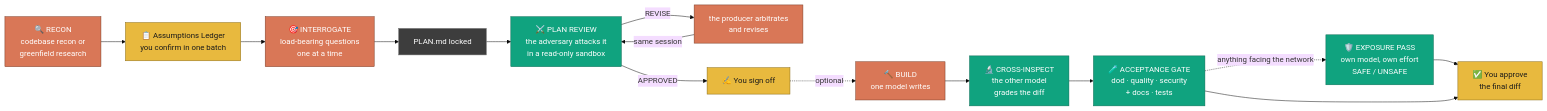
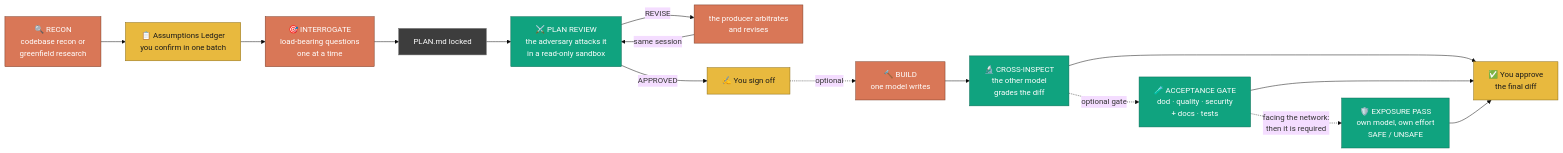
The diagram in README.md (ujconsulting/claudex-loop), drawn with Mermaid (base theme) before and after one commit. The commit also changed other lines of this file and 2 other files, not shown here.

First line of the commit message:
docs: the diagram promised a fifth phase, and the count below it was wrong

````diff
--- a/README.md
+++ b/README.md
@@ -24,24 +24,25 @@
 ```mermaid
 flowchart LR
     A["🔍 RECON<br>codebase recon or<br>greenfield research"] --> L["📋 Assumptions Ledger<br>you confirm in one batch"]
     L --> B["🎯 INTERROGATE<br>load-bearing questions<br>one at a time"]
     B --> P["PLAN.md locked"]
     P --> C["⚔️ PLAN REVIEW<br>the adversary attacks it<br>in a read-only sandbox"]
     C -- REVISE --> R["the producer arbitrates<br>and revises"]
     R -- same session --> C
     C -- APPROVED --> S["✍️ You sign off"]
     S -. optional .-> D["🔨 BUILD<br>one model writes"]
     D --> I["🔬 CROSS-INSPECT<br>the other model<br>grades the diff"]
-    I --> V["🧪 ACCEPTANCE GATE<br>dod · quality · security<br>+ docs · tests"]
-    V -. anything facing the network .-> X["🛡️ EXPOSURE PASS<br>own model, own effort<br>SAFE / UNSAFE"]
-    X --> G["✅ You approve<br>the final diff"]
+    I --> G["✅ You approve<br>the final diff"]
+    I -. optional gate .-> V["🧪 ACCEPTANCE GATE<br>dod · quality · security<br>+ docs · tests"]
+    V -. facing the network:<br>then it is required .-> X["🛡️ EXPOSURE PASS<br>own model, own effort<br>SAFE / UNSAFE"]
     V --> G
+    X --> G
     classDef producer fill:#d97757,stroke:#7a3a24,color:#fff
     classDef adversary fill:#10a37f,stroke:#0a6b54,color:#fff
     classDef human fill:#e8b93e,stroke:#8a6a14,color:#1a1a1a
     classDef artifact fill:#3d3d3d,stroke:#6b6b6b,color:#fff
     class A,B,R,D producer
     class C,I,V,X adversary
     class L,S,G human
     class P artifact
 ```
````
